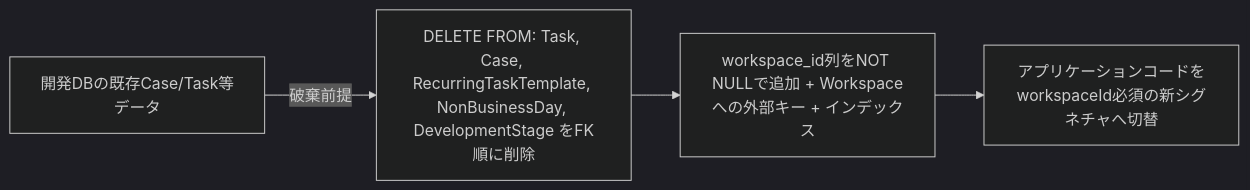
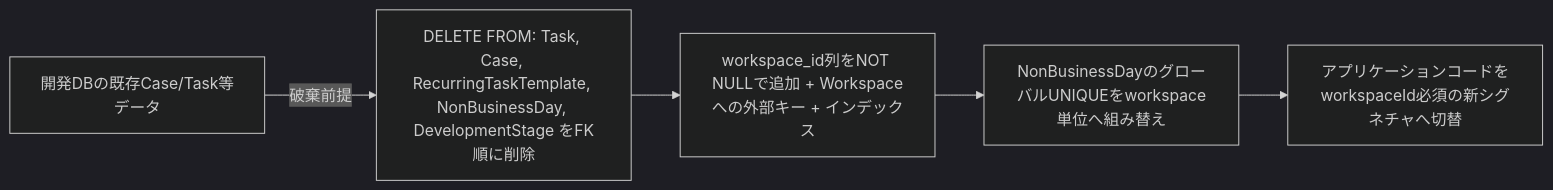
Before and after one commit to karasaki-wasabi/project-task-management: the third of 3 diagrams in .kiro/specs/workspace-resource-scope/design.md, drawn with Mermaid (dark theme). The commit also changed other lines of this file and 6 other files, not shown here.

````diff
--- a/.kiro/specs/workspace-resource-scope/design.md
+++ b/.kiro/specs/workspace-resource-scope/design.md
@@ -426,6 +464,7 @@
 ```mermaid
 flowchart LR
   A[開発DBの既存Case/Task等データ] -->|破棄前提| B[DELETE FROM: Task, Case, RecurringTaskTemplate, NonBusinessDay, DevelopmentStage をFK順に削除]
   B --> C[workspace_id列をNOT NULLで追加 + Workspaceへの外部キー + インデックス]
-  C --> D[アプリケーションコードをworkspaceId必須の新シグネチャへ切替]
+  C --> D[NonBusinessDayのグローバルUNIQUEをworkspace単位へ組み替え]
+  D --> E[アプリケーションコードをworkspaceId必須の新シグネチャへ切替]
 ```
````
